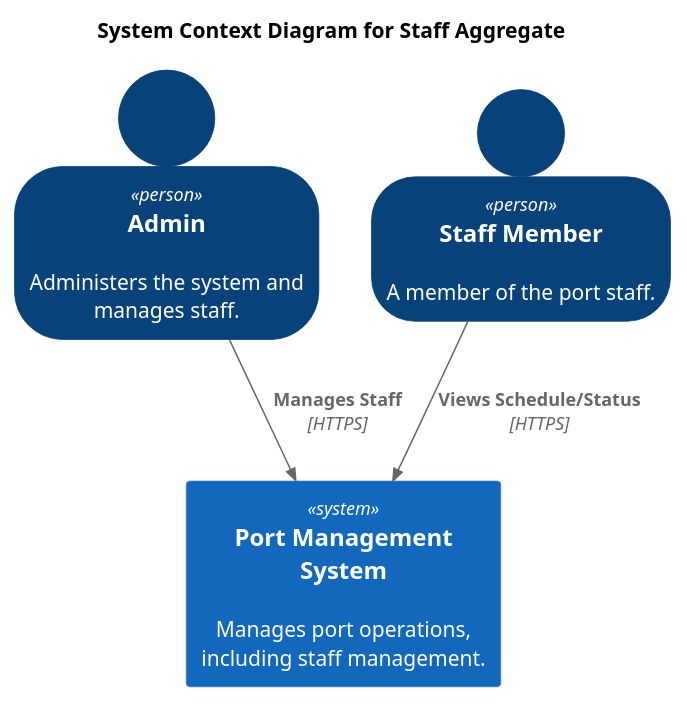
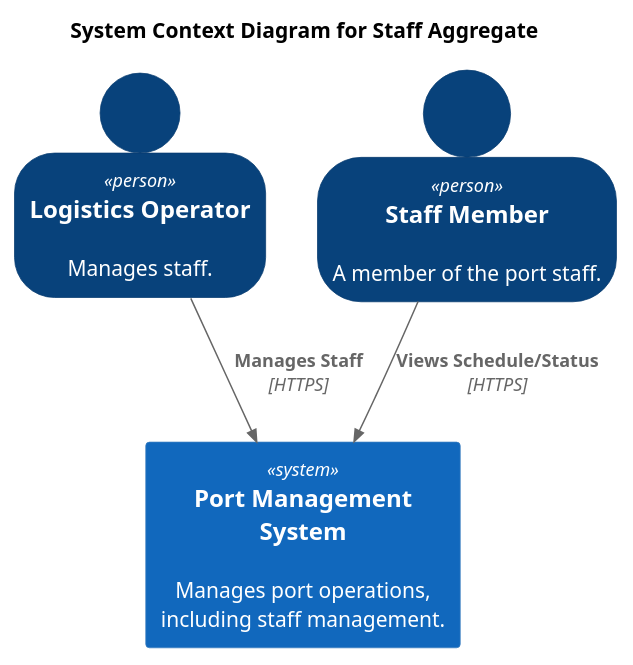
Before and after one commit to igor-coutinho22/Port_Management_System: the diagram in docs/C4Diagrams/Aggregates/Staff/1_Context.puml, drawn with PlantUML. The commit also changed 10 other files, not shown here.

Commit message:
fixes in C4 diagrams names

```diff
--- a/docs/C4Diagrams/Aggregates/Staff/1_Context.puml
+++ b/docs/C4Diagrams/Aggregates/Staff/1_Context.puml
@@ -1,16 +1,16 @@
 @startuml
 !include https://raw.githubusercontent.com/plantuml-stdlib/C4-PlantUML/master/C4_Context.puml
 
 SHOW_PERSON_OUTLINE()
 
 title System Context Diagram for Staff Aggregate
 
-Person(admin, "Admin", "Administers the system and manages staff.")
+Person(operator, "Logistics Operator", "Manages staff.")
 Person(staff, "Staff Member", "A member of the port staff.")
 
 System(portSystem, "Port Management System", "Manages port operations, including staff management.")
 
-Rel(admin, portSystem, "Manages Staff", "HTTPS")
+Rel(operator, portSystem, "Manages Staff", "HTTPS")
 Rel(staff, portSystem, "Views Schedule/Status", "HTTPS")
 
 @enduml
```
